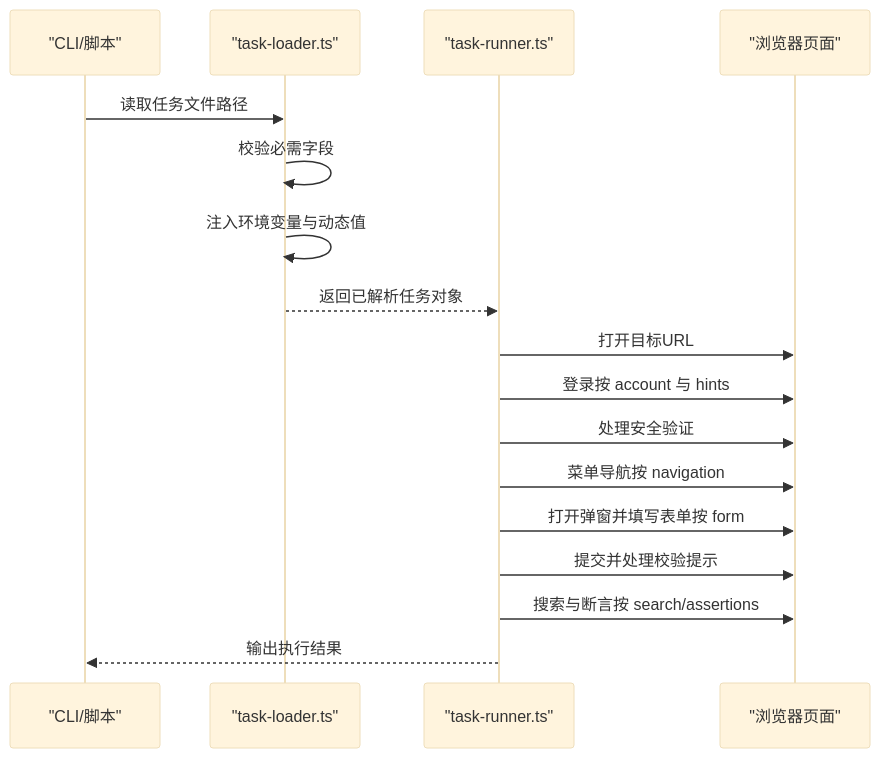
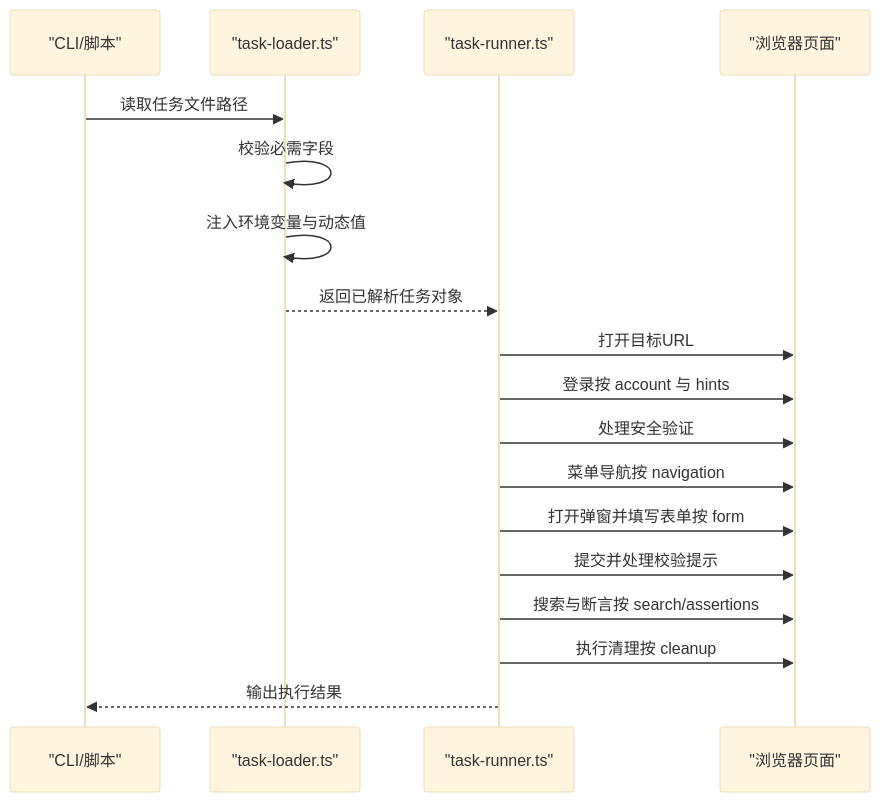
Before and after one commit to Jiane-EJ/playwright-mind: the second of 3 diagrams in .qoder/repowiki/zh/content/任务系统/任务 JSON 结构规范.md, drawn with Mermaid (base theme). The commit also changed other lines of this file and 5 other files, not shown here.

````diff
--- a/.qoder/repowiki/zh/content/任务系统/任务 JSON 结构规范.md
+++ b/.qoder/repowiki/zh/content/任务系统/任务 JSON 结构规范.md
@@ -84,19 +91,20 @@
 ```mermaid
 sequenceDiagram
 participant CLI as "CLI/脚本"
 participant Loader as "task-loader.ts"
 participant Runner as "task-runner.ts"
 participant Page as "浏览器页面"
 CLI->>Loader : 读取任务文件路径
 Loader->>Loader : 校验必需字段
 Loader->>Loader : 注入环境变量与动态值
 Loader-->>Runner : 返回已解析任务对象
 Runner->>Page : 打开目标URL
 Runner->>Page : 登录按 account 与 hints
 Runner->>Page : 处理安全验证
 Runner->>Page : 菜单导航按 navigation
 Runner->>Page : 打开弹窗并填写表单按 form
 Runner->>Page : 提交并处理校验提示
 Runner->>Page : 搜索与断言按 search/assertions
+Runner->>Page : 执行清理按 cleanup
 Runner-->>CLI : 输出执行结果
 ```
````
